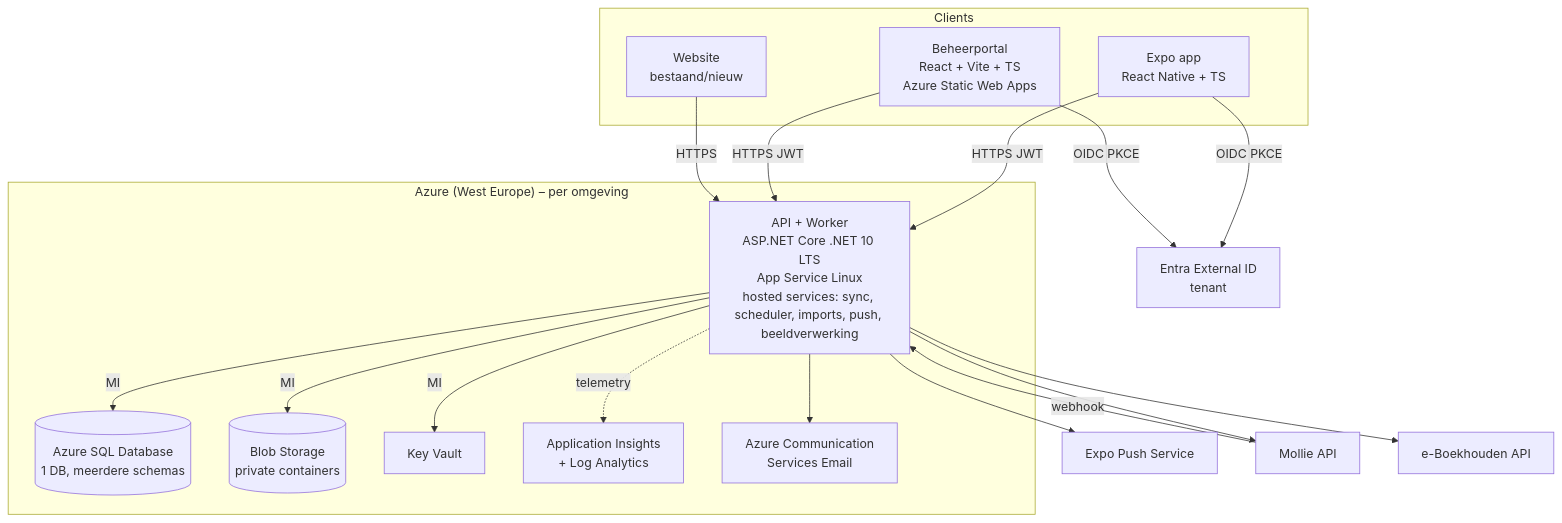
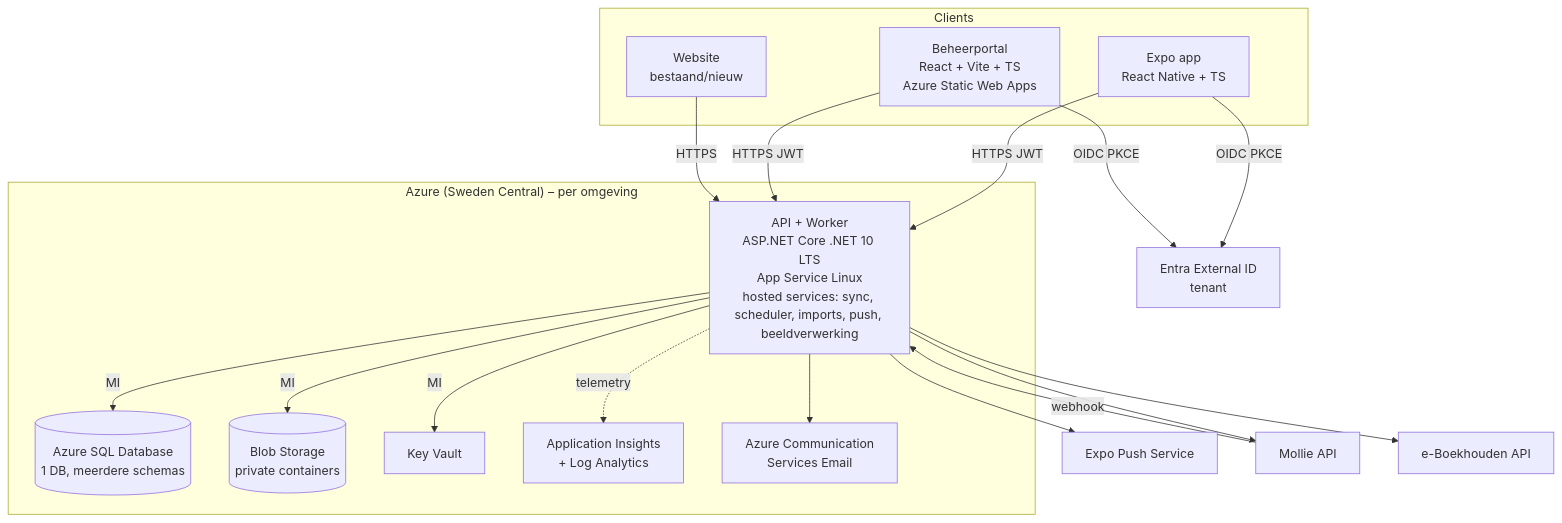
The second of 2 diagrams in docs/03-architecture.md (robinmom/vrolijkedrammers), drawn with Mermaid before and after one commit. The commit also changed 46 other files, not shown here.

````diff
--- a/docs/03-architecture.md
+++ b/docs/03-architecture.md
@@ -54,37 +54,37 @@
 ```mermaid
 flowchart TB
   subgraph Clients
     A[Expo app\nReact Native + TS]
     P[Beheerportal\nReact + Vite + TS\nAzure Static Web Apps]
     W[Website\nbestaand/nieuw]
   end
 
-  subgraph Azure["Azure (West Europe) – per omgeving"]
+  subgraph Azure["Azure (Sweden Central) – per omgeving"]
     API[API + Worker\nASP.NET Core .NET 10 LTS\nApp Service Linux\nhosted services: sync, scheduler, imports, push, beeldverwerking]
     SQL[(Azure SQL Database\n1 DB, meerdere schemas)]
     BLOB[(Blob Storage\nprivate containers)]
     KV[Key Vault]
     AI[Application Insights\n+ Log Analytics]
     ACS[Azure Communication\nServices Email]
   end
 
   ENTRA[Entra External ID\ntenant]
   EXPO[Expo Push Service]
   MOL[Mollie API]
   EB[e-Boekhouden API]
 
   A -- HTTPS JWT --> API
   P -- HTTPS JWT --> API
   W -- HTTPS --> API
   A -- OIDC PKCE --> ENTRA
   P -- OIDC PKCE --> ENTRA
   API -- MI --> SQL
   API -- MI --> BLOB
   API -- MI --> KV
   API --> EB
   API --> MOL
   MOL -- webhook --> API
   API --> EXPO
   API --> ACS
   API -.telemetry.-> AI
 ```
````
